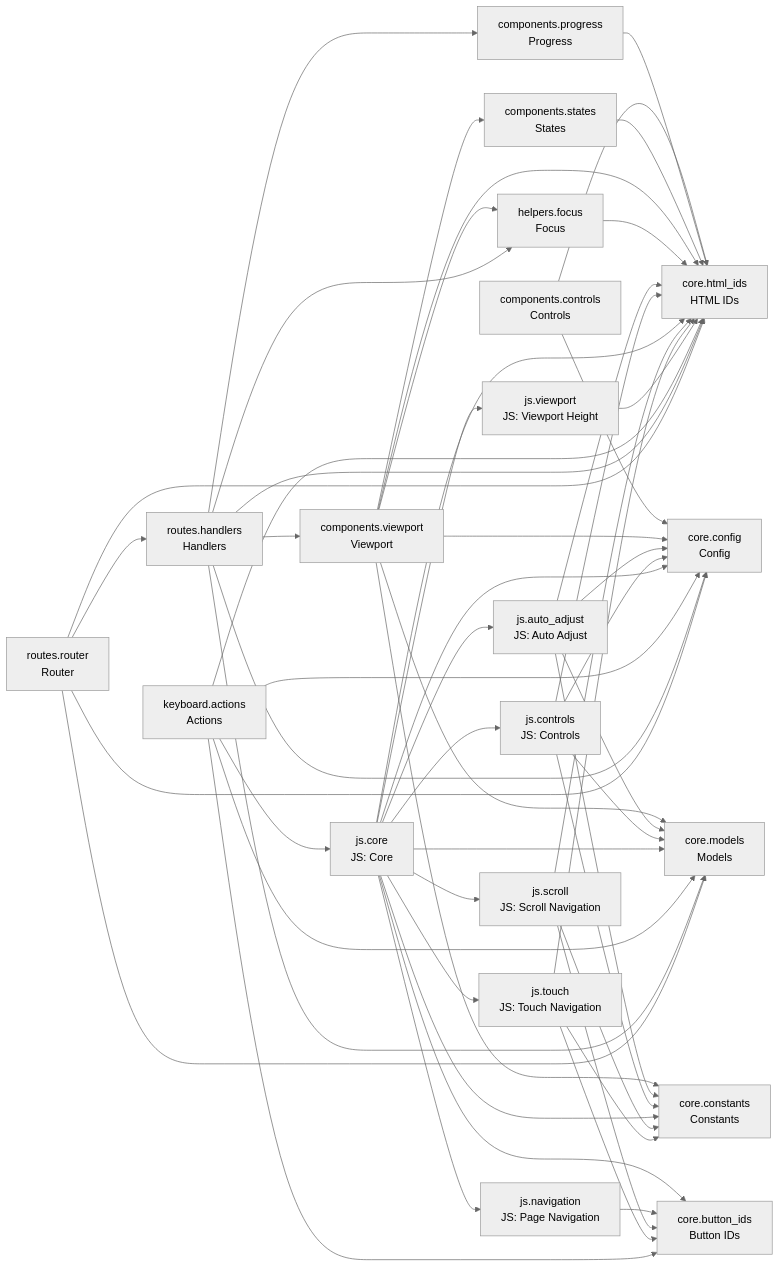
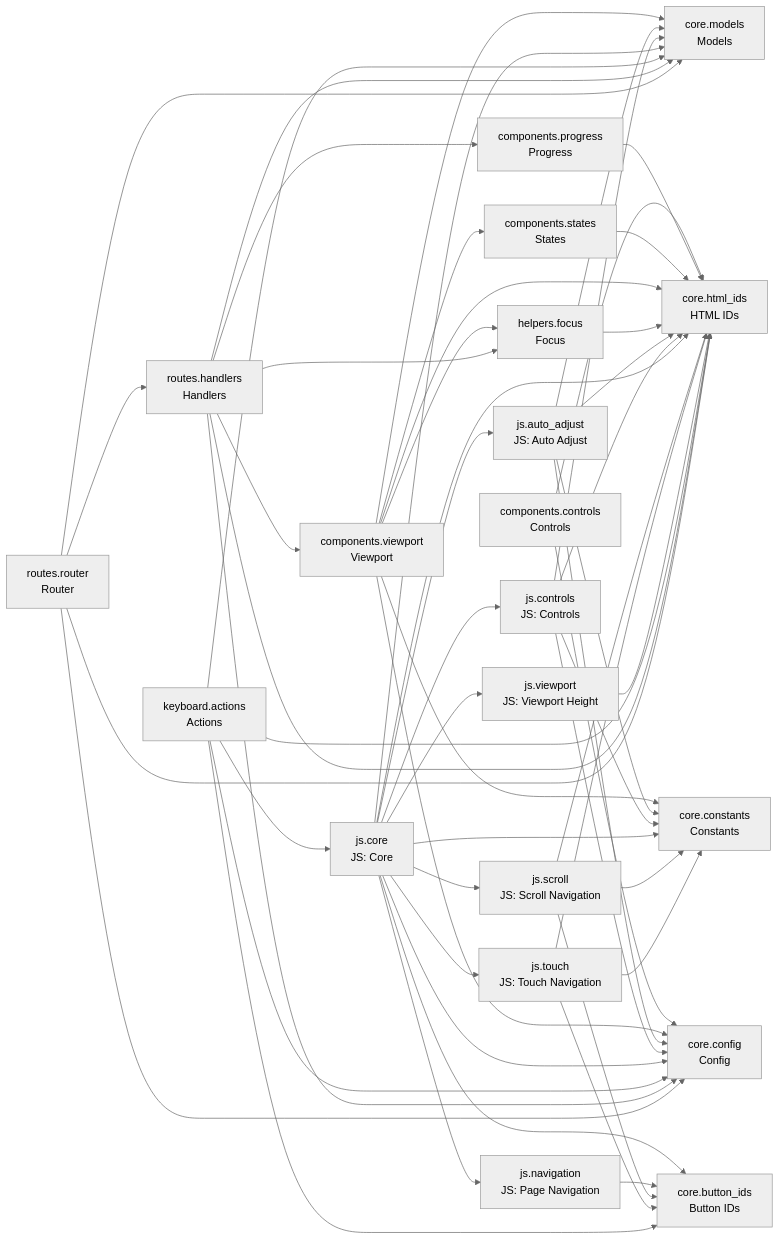
The diagram in README.md (cj-mills/cjm-fasthtml-card-stack), drawn with Mermaid (neutral theme) before and after one commit. The commit also changed other lines of this file and 3 other files, not shown here.

````diff
--- a/README.md
+++ b/README.md
@@ -46,77 +46,77 @@
 ``` mermaid
 graph LR
     components_controls[components.controls<br/>Controls]
     components_progress[components.progress<br/>Progress]
     components_states[components.states<br/>States]
     components_viewport[components.viewport<br/>Viewport]
     core_button_ids[core.button_ids<br/>Button IDs]
     core_config[core.config<br/>Config]
     core_constants[core.constants<br/>Constants]
     core_html_ids[core.html_ids<br/>HTML IDs]
     core_models[core.models<br/>Models]
     helpers_focus[helpers.focus<br/>Focus]
     js_auto_adjust[js.auto_adjust<br/>JS: Auto Adjust]
     js_controls[js.controls<br/>JS: Controls]
     js_core[js.core<br/>JS: Core]
     js_navigation[js.navigation<br/>JS: Page Navigation]
     js_scroll[js.scroll<br/>JS: Scroll Navigation]
     js_touch[js.touch<br/>JS: Touch Navigation]
     js_viewport[js.viewport<br/>JS: Viewport Height]
     keyboard_actions[keyboard.actions<br/>Actions]
     routes_handlers[routes.handlers<br/>Handlers]
     routes_router[routes.router<br/>Router]
 
     components_controls --> core_config
     components_controls --> core_html_ids
     components_progress --> core_html_ids
     components_states --> core_html_ids
+    components_viewport --> core_models
     components_viewport --> helpers_focus
+    components_viewport --> core_constants
     components_viewport --> core_config
-    components_viewport --> core_models
     components_viewport --> core_html_ids
-    components_viewport --> core_constants
     components_viewport --> components_states
     helpers_focus --> core_html_ids
+    js_auto_adjust --> core_html_ids
     js_auto_adjust --> core_models
+    js_auto_adjust --> core_constants
     js_auto_adjust --> core_config
-    js_auto_adjust --> core_constants
-    js_auto_adjust --> core_html_ids
+    js_controls --> core_html_ids
+    js_controls --> core_models
     js_controls --> core_constants
-    js_controls --> core_models
     js_controls --> core_config
-    js_controls --> core_html_ids
+    js_core --> core_models
+    js_core --> core_button_ids
     js_core --> core_constants
+    js_core --> js_scroll
+    js_core --> js_touch
     js_core --> js_controls
-    js_core --> js_touch
-    js_core --> core_button_ids
-    js_core --> js_viewport
-    js_core --> js_scroll
+    js_core --> js_navigation
     js_core --> core_config
-    js_core --> core_models
     js_core --> core_html_ids
     js_core --> js_auto_adjust
-    js_core --> js_navigation
+    js_core --> js_viewport
     js_navigation --> core_button_ids
+    js_scroll --> core_button_ids
     js_scroll --> core_constants
-    js_scroll --> core_button_ids
     js_scroll --> core_html_ids
     js_touch --> core_constants
     js_touch --> core_button_ids
     js_touch --> core_html_ids
     js_viewport --> core_html_ids
+    keyboard_actions --> core_button_ids
+    keyboard_actions --> core_models
     keyboard_actions --> js_core
-    keyboard_actions --> core_button_ids
     keyboard_actions --> core_config
-    keyboard_actions --> core_models
     keyboard_actions --> core_html_ids
+    routes_handlers --> core_models
+    routes_handlers --> helpers_focus
+    routes_handlers --> components_viewport
     routes_handlers --> components_progress
     routes_handlers --> core_config
-    routes_handlers --> components_viewport
-    routes_handlers --> core_models
-    routes_handlers --> helpers_focus
     routes_handlers --> core_html_ids
+    routes_router --> core_models
     routes_router --> routes_handlers
     routes_router --> core_config
-    routes_router --> core_models
     routes_router --> core_html_ids
 ```
````
